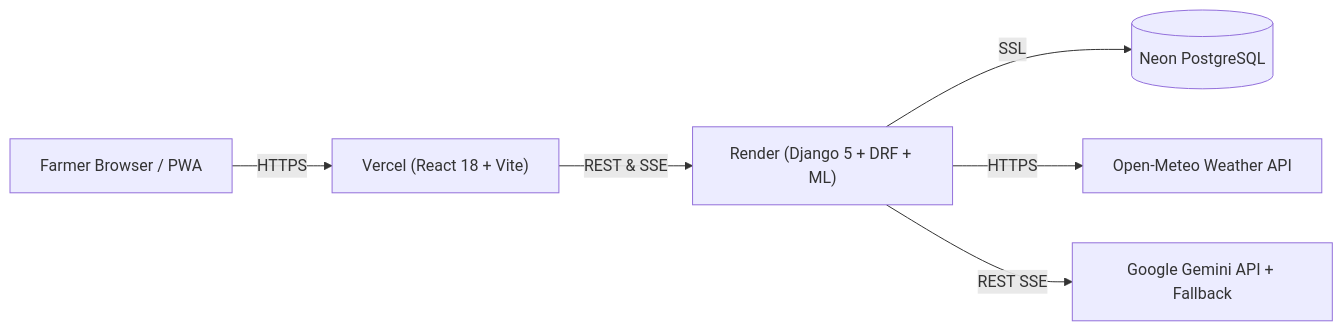
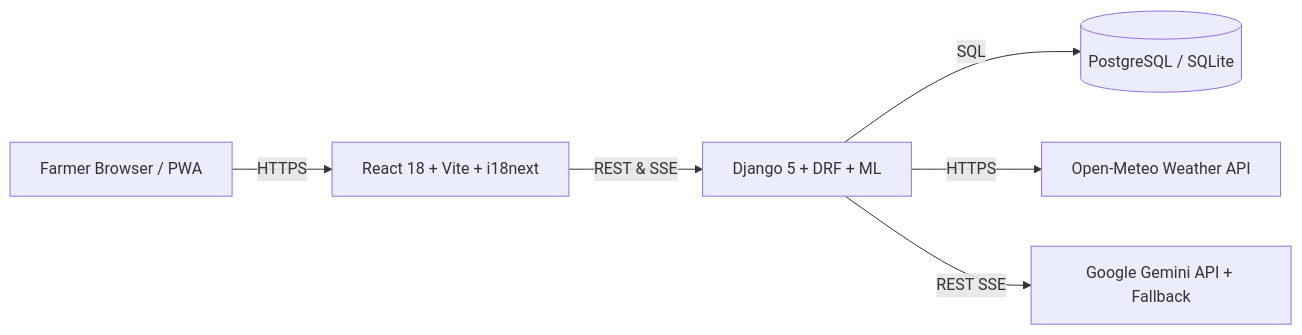
One commit to poshiyaharsh/KRISHISETU-AI changed the diagram in README.md. Above: the diagram before and after it, drawn with Mermaid. The commit also changed other lines of this file and 1 other file, not shown here.

````diff
--- a/README.md
+++ b/README.md
@@ -57,8 +50,8 @@
 ```mermaid
 flowchart LR
-    User["Farmer Browser / PWA"] -->|HTTPS| Vercel["Vercel (React 18 + Vite)"]
-    Vercel -->|REST & SSE| Render["Render (Django 5 + DRF + ML)"]
-    Render -->|SSL| Neon[("Neon PostgreSQL")]
-    Render -->|HTTPS| OpenMeteo["Open-Meteo Weather API"]
-    Render -->|REST SSE| Gemini["Google Gemini API + Fallback"]
+    User["Farmer Browser / PWA"] -->|HTTPS| Frontend["React 18 + Vite + i18next"]
+    Frontend -->|REST & SSE| Backend["Django 5 + DRF + ML"]
+    Backend -->|SQL| DB[("PostgreSQL / SQLite")]
+    Backend -->|HTTPS| OpenMeteo["Open-Meteo Weather API"]
+    Backend -->|REST SSE| Gemini["Google Gemini API + Fallback"]
 ```
````
